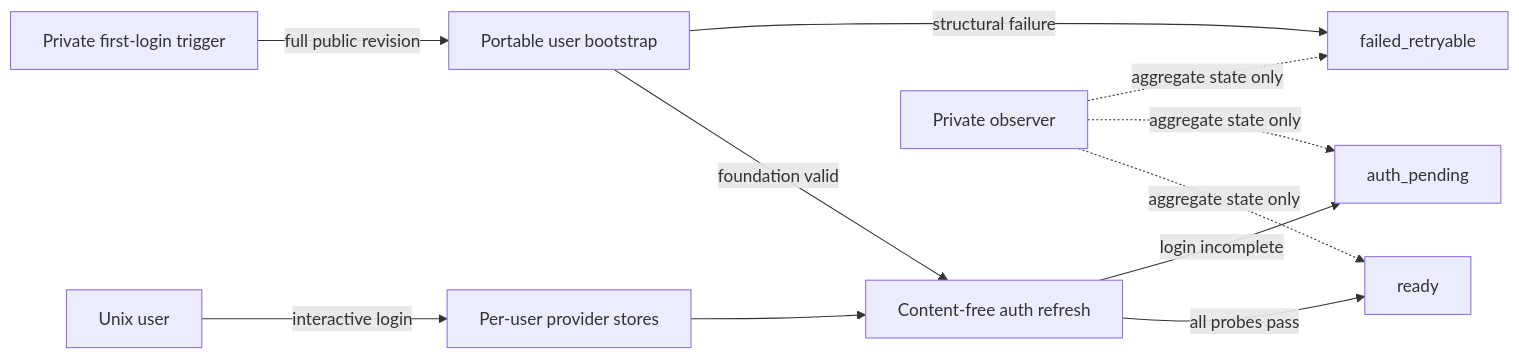
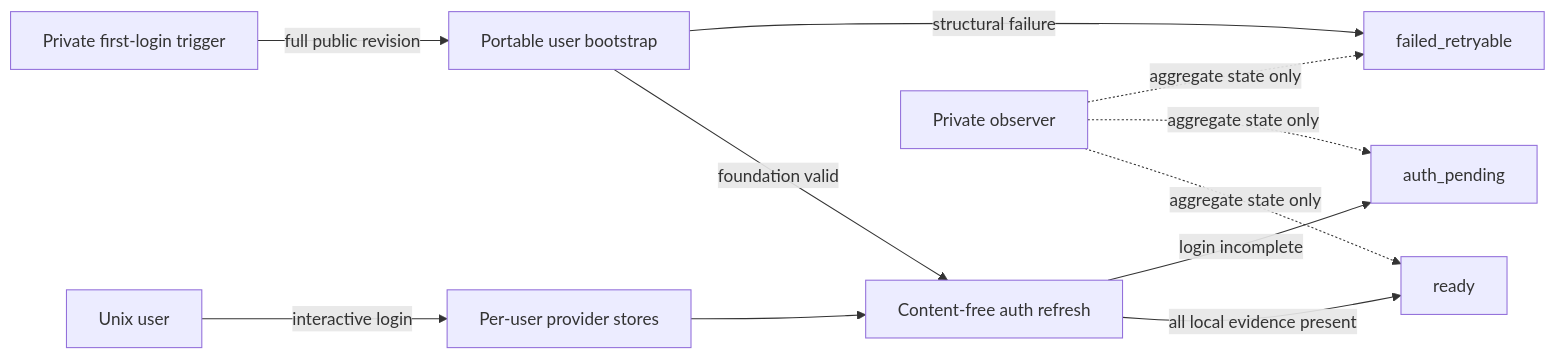
The diagram in docs/specs/dotfiles_ai_distribution/features/remote-user-rollout-runtime.md (Saltiola7/dotfiles-ai), drawn with Mermaid before and after one commit. The commit also changed other lines of this file, not shown here.

Commit message:
docs(readiness): define local-only auth evidence

````diff
--- a/docs/specs/dotfiles_ai_distribution/features/remote-user-rollout-runtime.md
+++ b/docs/specs/dotfiles_ai_distribution/features/remote-user-rollout-runtime.md
@@ -122,15 +155,15 @@
 ```mermaid
 flowchart LR
     accTitle: Portable rollout runtime ownership and state
     accDescr: Public dotfiles-ai bootstraps one user-owned revision and refreshes content-free state. Private infrastructure only triggers and aggregates. Users perform interactive authentication themselves.
     I[Private first-login trigger] -->|full public revision| B[Portable user bootstrap]
     B -->|structural failure| F[failed_retryable]
     B -->|foundation valid| R[Content-free auth refresh]
     R -->|login incomplete| P[auth_pending]
-    R -->|all probes pass| D[ready]
+    R -->|all local evidence present| D[ready]
     U[Unix user] -->|interactive login| A[Per-user provider stores]
     A --> R
     O[Private observer] -. aggregate state only .-> F
     O -. aggregate state only .-> P
     O -. aggregate state only .-> D
 ```
````
